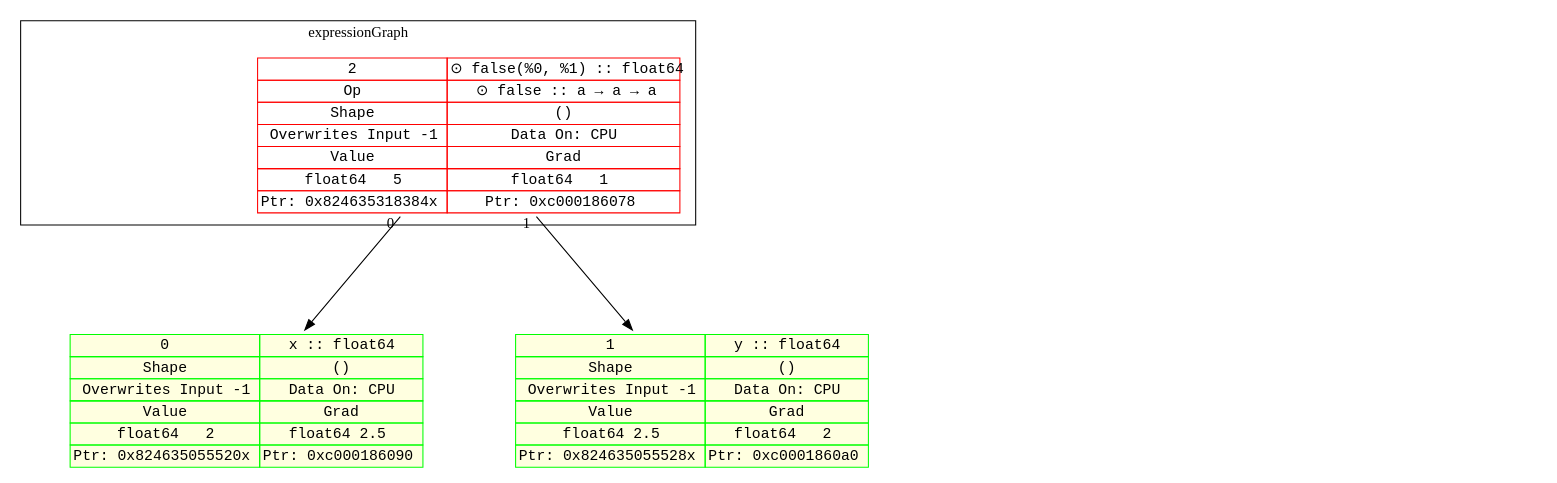
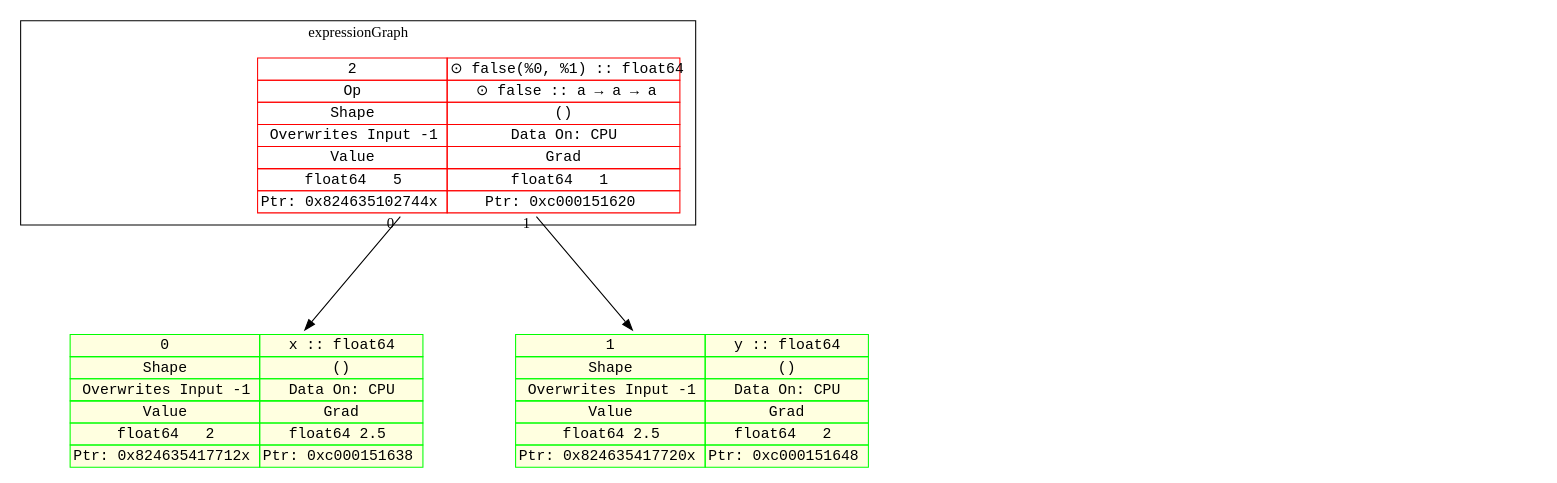
One commit to xavier268/go-demo-gorgonia changed the diagram in demo/basic_autodiff.dot. Above: the diagram before and after it, drawn with Graphviz. The commit also changed 4 other files, not shown here.

```diff
--- a/demo/basic_autodiff.dot
+++ b/demo/basic_autodiff.dot
@@ -1,77 +1,77 @@
 digraph fullGraph {
 	nodesep=1;
 	rankdir=TB;
 	ranksep="1.5 equally";
-	Node_0xc0000c5340:Node_0xc0000c5340:anchor->Node_0xc0000c5180:Node_0xc0000c5180:anchor[ labelfloat=false, taillabel=" 0 " ];
-	Node_0xc0000c5340:Node_0xc0000c5340:anchor->Node_0xc0000c5260:Node_0xc0000c5260:anchor[ labelfloat=false, taillabel=" 1 " ];
+	Node_0xc0002341c0:Node_0xc0002341c0:anchor->Node_0xc000234000:Node_0xc000234000:anchor[ labelfloat=false, taillabel=" 0 " ];
+	Node_0xc0002341c0:Node_0xc0002341c0:anchor->Node_0xc0002340e0:Node_0xc0002340e0:anchor[ labelfloat=false, taillabel=" 1 " ];
 	outsideRoot->insideInputs[ constraint=false, style=invis, weight=999 ];
 	outsideExprG->insideExprG[ constraint=false, style=invis, weight=999 ];
 	outsideRoot->outsideExprG[ constraint=false, style=invis, weight=999 ];
 	insideInputs->insideExprG[ constraint=false, style=invis, weight=999 ];
 	subgraph cluster_expressionGraph {
 	label=expressionGraph;
-	Node_0xc0000c5340 [ fontname=monospace, label=<
+	Node_0xc0002341c0 [ fontname=monospace, label=<
 <TABLE BORDER="0" CELLBORDER="1" CELLSPACING="0" PORT="anchor"  COLOR="#FF0000;" >
 
 <TR><TD>2</TD><TD>⊙ false(%0, %1) :: float64</TD></TR>
 <TR><TD>Op</TD><TD>⊙ false :: a → a → a</TD></TR>
 <TR><TD>Shape</TD><TD>()</TD></TR>
 <TR><TD>Overwrites Input -1</TD><TD>Data On: CPU</TD></TR>
 <TR><TD>Value</TD><TD>Grad</TD></TR>
 <TR><TD>float64   5</TD><TD>float64   1 </TD></TR>
-<TR><TD>Ptr: 0x824635318384x </TD><TD>Ptr: 0xc000186078 </TD></TR>
+<TR><TD>Ptr: 0x824635102744x </TD><TD>Ptr: 0xc000151620 </TD></TR>
 
 
 </TABLE>
 >, shape=none ];
 	insideExprG [ style=invis ];
 
 }
 ;
 	subgraph inputConsts {
 	rank=max;
 	subgraph cluster_inputs {
 	label=inputs;
-	Node_0xc0000c5180 [ fontname=monospace, label=<
+	Node_0xc000234000 [ fontname=monospace, label=<
 <TABLE BORDER="0" CELLBORDER="1" CELLSPACING="0" PORT="anchor"  COLOR="#00FF00;" BGCOLOR="lightyellow">
 
 <TR><TD>0</TD><TD>x :: float64</TD></TR>
 
 <TR><TD>Shape</TD><TD>()</TD></TR>
 <TR><TD>Overwrites Input -1</TD><TD>Data On: CPU</TD></TR>
 <TR><TD>Value</TD><TD>Grad</TD></TR>
 <TR><TD>float64   2</TD><TD>float64 2.5 </TD></TR>
-<TR><TD>Ptr: 0x824635055520x </TD><TD>Ptr: 0xc000186090 </TD></TR>
+<TR><TD>Ptr: 0x824635417712x </TD><TD>Ptr: 0xc000151638 </TD></TR>
 
 
 </TABLE>
 >, shape=none ];
-	Node_0xc0000c5260 [ fontname=monospace, label=<
+	Node_0xc0002340e0 [ fontname=monospace, label=<
 <TABLE BORDER="0" CELLBORDER="1" CELLSPACING="0" PORT="anchor"  COLOR="#00FF00;" BGCOLOR="lightyellow">
 
 <TR><TD>1</TD><TD>y :: float64</TD></TR>
 
 <TR><TD>Shape</TD><TD>()</TD></TR>
 <TR><TD>Overwrites Input -1</TD><TD>Data On: CPU</TD></TR>
 <TR><TD>Value</TD><TD>Grad</TD></TR>
 <TR><TD>float64 2.5</TD><TD>float64   2 </TD></TR>
-<TR><TD>Ptr: 0x824635055528x </TD><TD>Ptr: 0xc0001860a0 </TD></TR>
+<TR><TD>Ptr: 0x824635417720x </TD><TD>Ptr: 0xc000151648 </TD></TR>
 
 
 </TABLE>
 >, shape=none ];
 	insideInputs [ style=invis ];
 
 }
 ;
 
 }
 ;
 	subgraph outsides {
 	outsideExprG [ style=invis ];
 	outsideRoot [ style=invis ];
 
 }
 ;
 
 }
```
